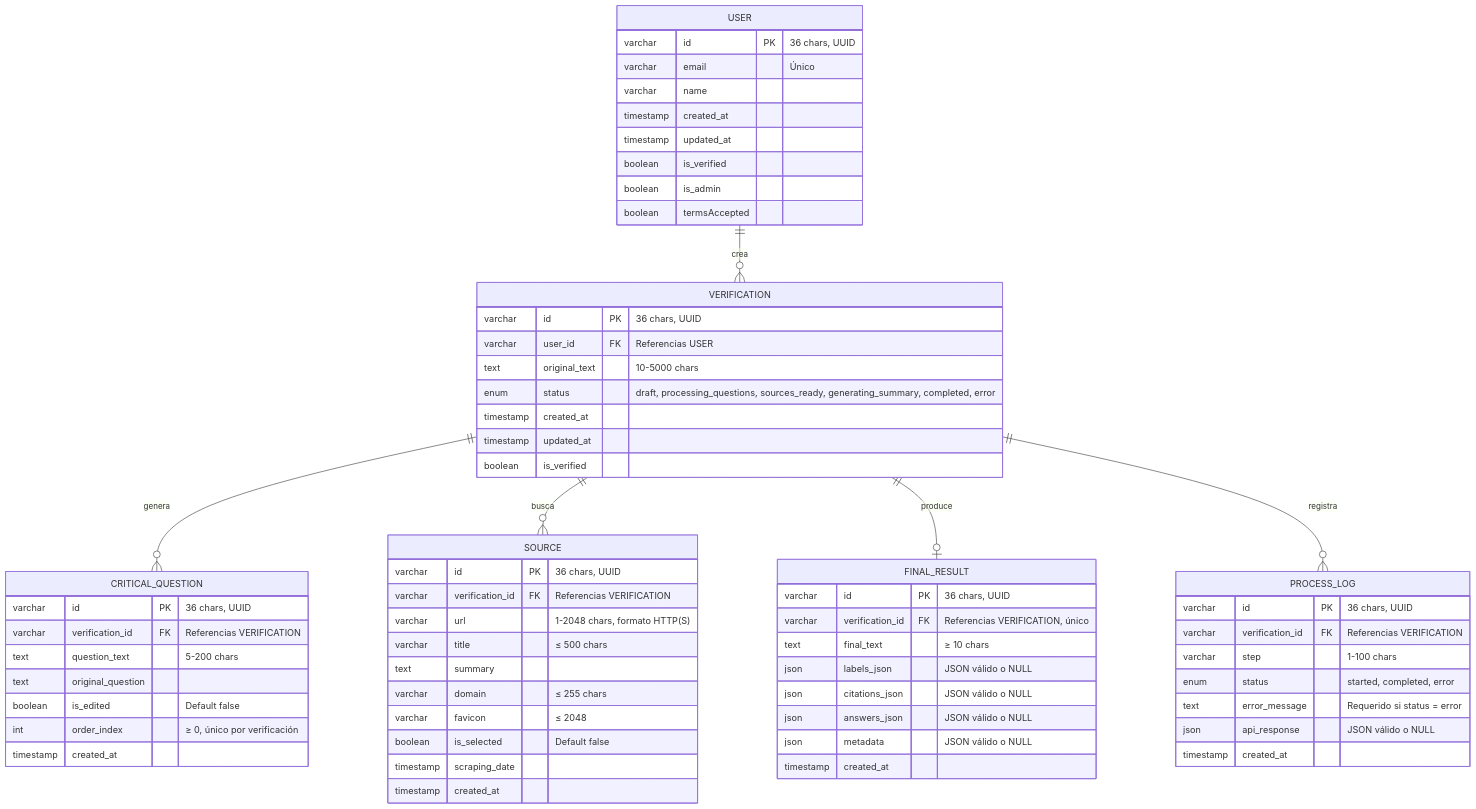
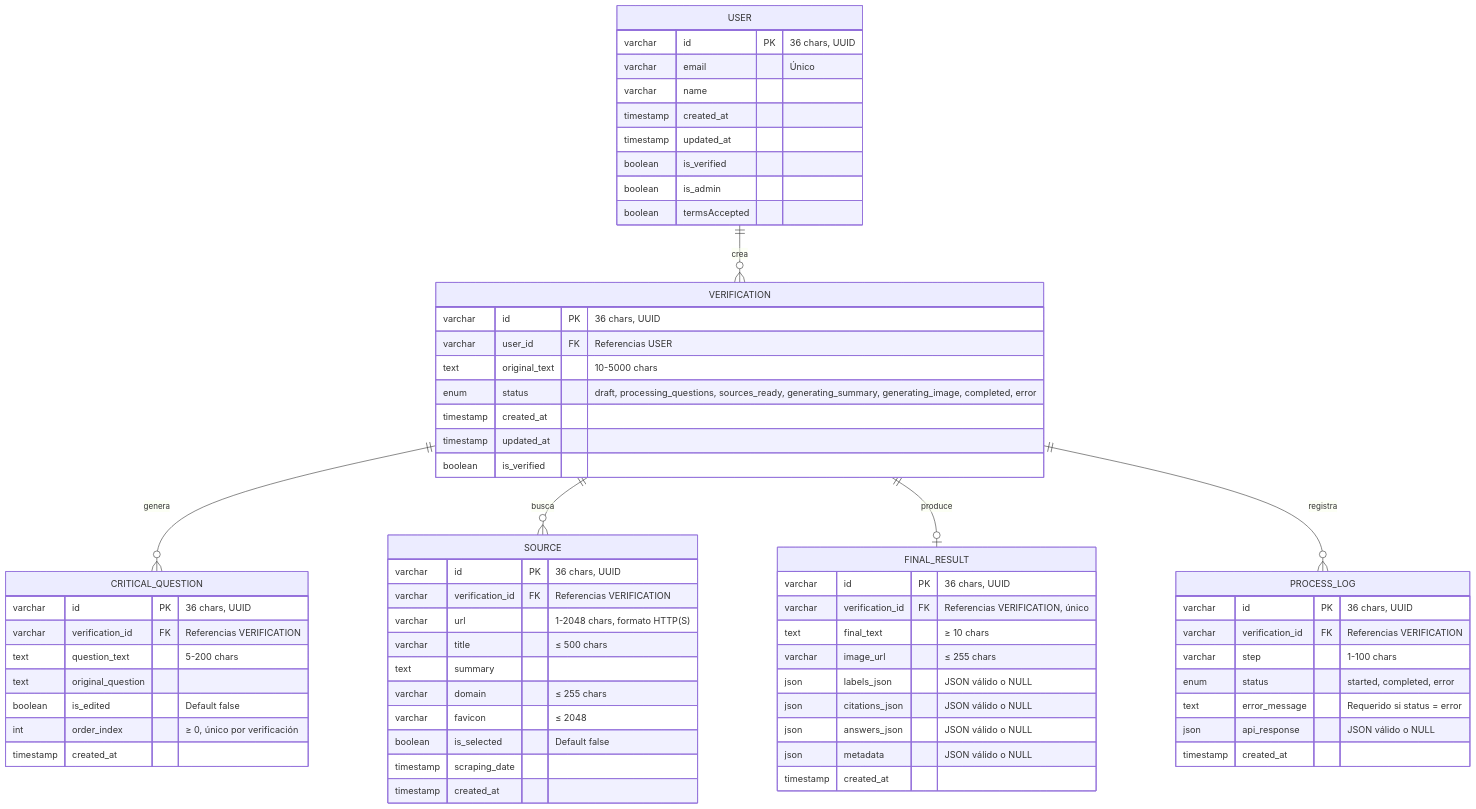
One commit to checkeapp-group/CheckeApp changed the third of 4 diagrams in docs/DATABASE.md. Above: the diagram before and after it, drawn with Mermaid. The commit also changed other lines of this file and 5 other files, not shown here.

Commit message:
feat: update API documentation to reflect new endpoints and changes in verification flow

````diff
--- a/docs/DATABASE.md
+++ b/docs/DATABASE.md
@@ -249,73 +251,74 @@
 ```mermaid
 erDiagram
     USER ||--o{ VERIFICATION : "crea"
     VERIFICATION ||--o{ CRITICAL_QUESTION : "genera"
     VERIFICATION ||--o{ SOURCE : "busca"
     VERIFICATION ||--o| FINAL_RESULT : "produce"
     VERIFICATION ||--o{ PROCESS_LOG : "registra"
 
     USER {
         varchar id PK "36 chars, UUID"
         varchar email "Único"
         varchar name
         timestamp created_at
         timestamp updated_at
         boolean is_verified
         boolean is_admin
         boolean termsAccepted
     }
 
     VERIFICATION {
         varchar id PK "36 chars, UUID"
         varchar user_id FK "Referencias USER"
         text original_text "10-5000 chars"
-        enum status "draft, processing_questions, sources_ready, generating_summary, completed, error"
+        enum status "draft, processing_questions, sources_ready, generating_summary, generating_image, completed, error"
         timestamp created_at
         timestamp updated_at
         boolean is_verified
     }
 
     CRITICAL_QUESTION {
         varchar id PK "36 chars, UUID"
         varchar verification_id FK "Referencias VERIFICATION"
         text question_text "5-200 chars"
         text original_question
         boolean is_edited "Default false"
         int order_index "≥ 0, único por verificación"
         timestamp created_at
     }
 
     SOURCE {
         varchar id PK "36 chars, UUID"
         varchar verification_id FK "Referencias VERIFICATION"
         varchar url "1-2048 chars, formato HTTP(S)"
         varchar title "≤ 500 chars"
         text summary
         varchar domain "≤ 255 chars"
         varchar favicon "≤ 2048"
         boolean is_selected "Default false"
         timestamp scraping_date
         timestamp created_at
     }
 
     FINAL_RESULT {
         varchar id PK "36 chars, UUID"
         varchar verification_id FK "Referencias VERIFICATION, único"
         text final_text "≥ 10 chars"
+        varchar image_url "≤ 255 chars"
         json labels_json "JSON válido o NULL"
         json citations_json "JSON válido o NULL"
         json answers_json "JSON válido o NULL"
         json metadata "JSON válido o NULL"
         timestamp created_at
     }
 
     PROCESS_LOG {
         varchar id PK "36 chars, UUID"
         varchar verification_id FK "Referencias VERIFICATION"
         varchar step "1-100 chars"
         enum status "started, completed, error"
         text error_message "Requerido si status = error"
         json api_response "JSON válido o NULL"
         timestamp created_at
     }
 ```
````
